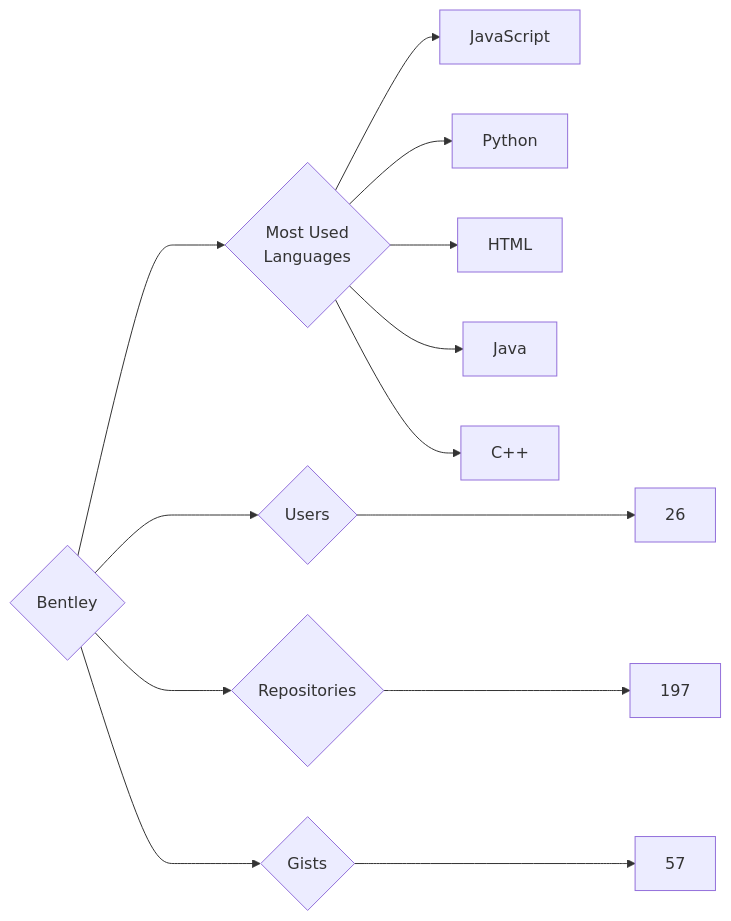
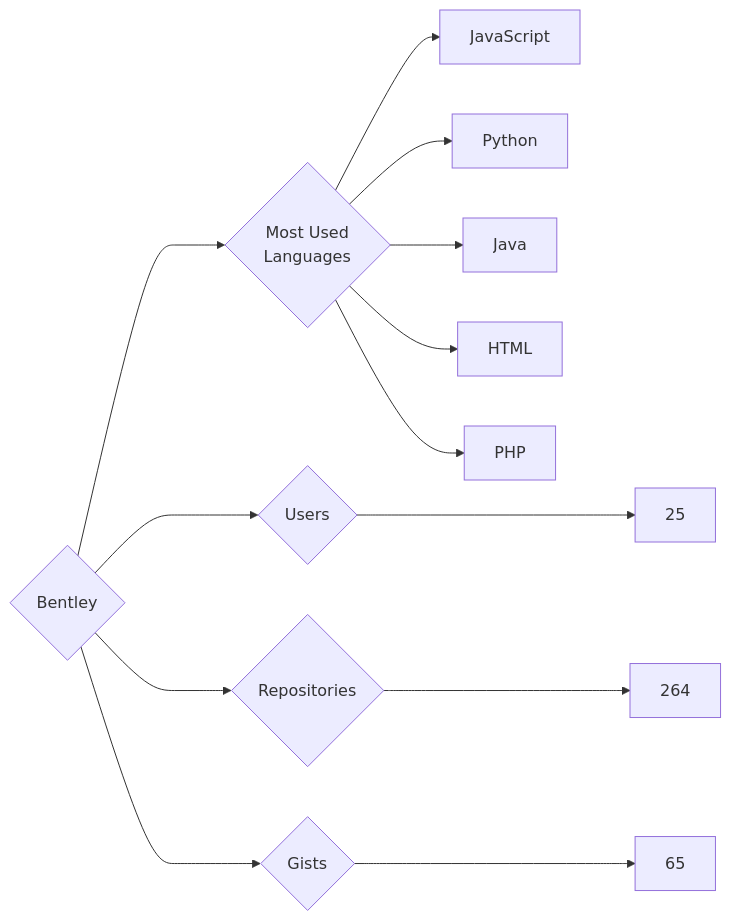
One commit to trickest/insiders changed the diagram in targets/Bentley/README.md. Above: the diagram before and after it, drawn with Mermaid. The commit also changed 823 other files, not shown here.

````diff
--- a/targets/Bentley/README.md
+++ b/targets/Bentley/README.md
@@ -3,13 +3,13 @@
 ```mermaid
 graph LR
 COMPANY_NAME{Bentley}
-COMPANY_NAME ---> U{Users} ---> UN[26]
-COMPANY_NAME ---> R{Repositories} ---> RN[197]
-COMPANY_NAME ---> G{Gists} ---> GN[57]
+COMPANY_NAME ---> U{Users} ---> UN[25]
+COMPANY_NAME ---> R{Repositories} ---> RN[264]
+COMPANY_NAME ---> G{Gists} ---> GN[65]
 COMPANY_NAME ---> ML{Most Used<br>Languages}
 ML --> JavaScript[JavaScript]
 ML --> Python[Python]
+ML --> Java[Java]
 ML --> HTML[HTML]
-ML --> Java[Java]
-ML --> C++[C++]
+ML --> PHP[PHP]
 ```
````
